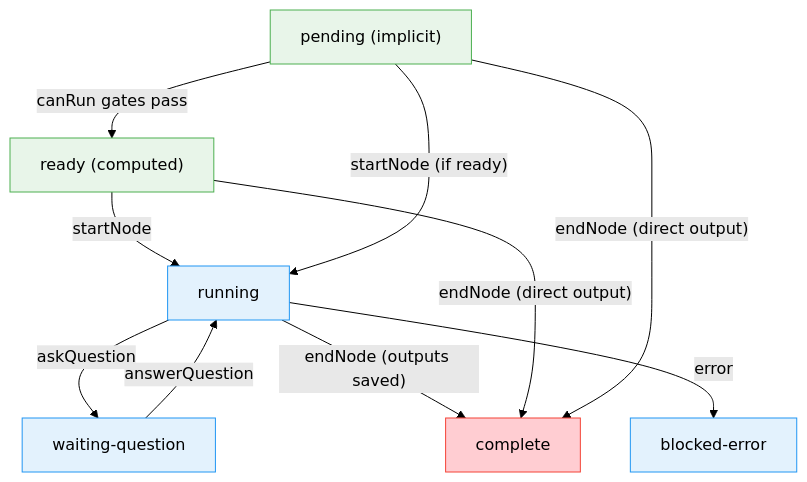
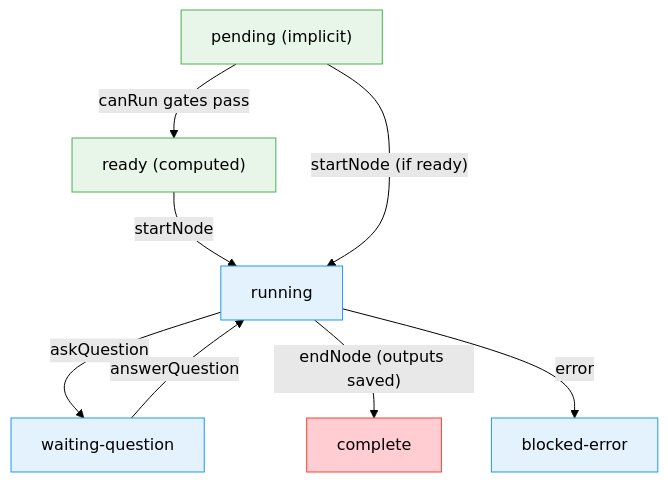
The second of 4 diagrams in docs/plans/028-pos-agentic-cli/tasks/phase-3-node-lifecycle/tasks.md (AI-Substrate/chainglass), drawn with Mermaid (forest theme) before and after one commit. The commit also changed other lines of this file and 10 other files, not shown here.

First line of the commit message:
feat(positional-graph): Phase 3 node lifecycle - start, can-end, end commands

````diff
--- a/docs/plans/028-pos-agentic-cli/tasks/phase-3-node-lifecycle/tasks.md
+++ b/docs/plans/028-pos-agentic-cli/tasks/phase-3-node-lifecycle/tasks.md
@@ -304,23 +309,21 @@
 ```mermaid
 flowchart TD
     classDef implicit fill:#E8F5E9,stroke:#4CAF50
     classDef explicit fill:#E3F2FD,stroke:#2196F3
     classDef terminal fill:#FFCDD2,stroke:#F44336
 
     PENDING["pending (implicit)"]:::implicit
     READY["ready (computed)"]:::implicit
     RUNNING["running"]:::explicit
     WAITING["waiting-question"]:::explicit
     BLOCKED["blocked-error"]:::explicit
     COMPLETE["complete"]:::terminal
 
     PENDING -->|"canRun gates pass"| READY
     READY -->|"startNode"| RUNNING
     PENDING -->|"startNode (if ready)"| RUNNING
     RUNNING -->|"askQuestion"| WAITING
     WAITING -->|"answerQuestion"| RUNNING
     RUNNING -->|"endNode (outputs saved)"| COMPLETE
-    READY -->|"endNode (direct output)"| COMPLETE
-    PENDING -->|"endNode (direct output)"| COMPLETE
     RUNNING -->|"error"| BLOCKED
 ```
````
